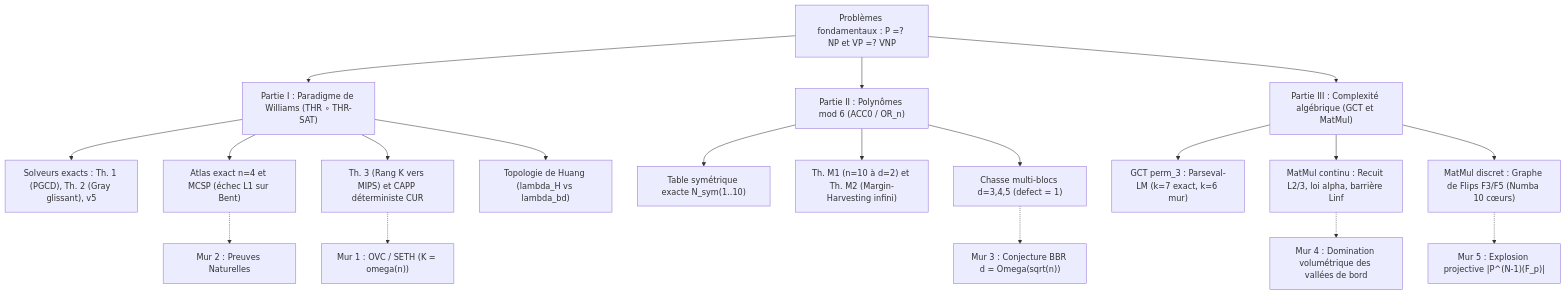
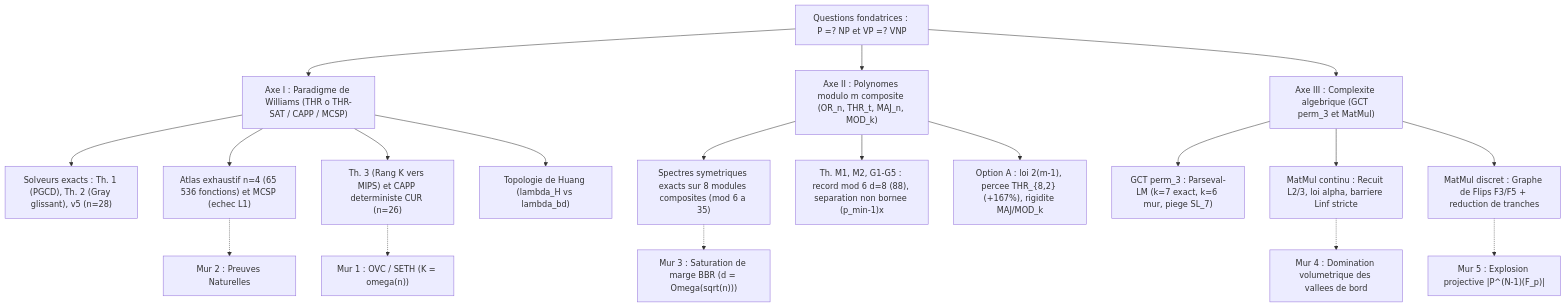
The diagram in RAPPORT.md (Axel-Bouchery/P-NP), drawn with Mermaid before and after one commit. The commit also changed other lines of this file, not shown here.

````diff
--- a/RAPPORT.md
+++ b/RAPPORT.md
@@ -74,25 +94,25 @@
 ```mermaid
 flowchart TD
-    Root["Problèmes fondamentaux : P =? NP et VP =? VNP"]
-    Root --> Arc1["Partie I : Paradigme de Williams (THR ∘ THR-SAT)"]
-    Root --> Arc2["Partie II : Polynômes mod 6 (ACC0 / OR_n)"]
-    Root --> Arc3["Partie III : Complexité algébrique (GCT et MatMul)"]
+    Root["Questions fondatrices : P =? NP et VP =? VNP"]
+    Root --> Arc1["Axe I : Paradigme de Williams (THR o THR-SAT / CAPP / MCSP)"]
+    Root --> Arc2["Axe II : Polynomes modulo m composite (OR_n, THR_t, MAJ_n, MOD_k)"]
+    Root --> Arc3["Axe III : Complexite algebrique (GCT perm_3 et MatMul)"]
 
-    Arc1 --> A1a["Solveurs exacts : Th. 1 (PGCD), Th. 2 (Gray glissant), v5"]
-    Arc1 --> A1b["Atlas exact n=4 et MCSP (échec L1 sur Bent)"]
-    Arc1 --> A1c["Th. 3 (Rang K vers MIPS) et CAPP déterministe CUR"]
+    Arc1 --> A1a["Solveurs exacts : Th. 1 (PGCD), Th. 2 (Gray glissant), v5 (n=28)"]
+    Arc1 --> A1b["Atlas exhaustif n=4 (65 536 fonctions) et MCSP (echec L1)"]
+    Arc1 --> A1c["Th. 3 (Rang K vers MIPS) et CAPP deterministe CUR (n=26)"]
     Arc1 --> A1d["Topologie de Huang (lambda_H vs lambda_bd)"]
     A1c -.-> M1["Mur 1 : OVC / SETH (K = omega(n))"]
     A1b -.-> M2["Mur 2 : Preuves Naturelles"]
 
-    Arc2 --> A2a["Table symétrique exacte N_sym(1..10)"]
-    Arc2 --> A2b["Th. M1 (n=10 à d=2) et Th. M2 (Margin-Harvesting infini)"]
-    Arc2 --> A2c["Chasse multi-blocs d=3,4,5 (defect = 1)"]
-    A2c -.-> M3["Mur 3 : Conjecture BBR d = Omega(sqrt(n))"]
+    Arc2 --> A2a["Spectres symetriques exacts sur 8 modules composites (mod 6 a 35)"]
+    Arc2 --> A2b["Th. M1, M2, G1-G5 : record mod 6 d=8 (88), separation non bornee (p_min-1)x"]
+    Arc2 --> A2c["Option A : loi 2(m-1), percee THR_{8,2} (+167%), rigidite MAJ/MOD_k"]
+    A2a -.-> M3["Mur 3 : Saturation de marge BBR (d = Omega(sqrt(n)))"]
 
-    Arc3 --> A3a["GCT perm_3 : Parseval-LM (k=7 exact, k=6 mur)"]
-    Arc3 --> A3b["MatMul continu : Recuit L2/3, loi alpha, barrière Linf"]
-    Arc3 --> A3c["MatMul discret : Graphe de Flips F3/F5 (Numba 10 cœurs)"]
-    A3b -.-> M4["Mur 4 : Domination volumétrique des vallées de bord"]
+    Arc3 --> A3a["GCT perm_3 : Parseval-LM (k=7 exact, k=6 mur, piege SL_7)"]
+    Arc3 --> A3b["MatMul continu : Recuit L2/3, loi alpha, barriere Linf stricte"]
+    Arc3 --> A3c["MatMul discret : Graphe de Flips F3/F5 + reduction de tranches"]
+    A3b -.-> M4["Mur 4 : Domination volumetrique des vallees de bord"]
     A3c -.-> M5["Mur 5 : Explosion projective |P^(N-1)(F_p)|"]
 ```
````
